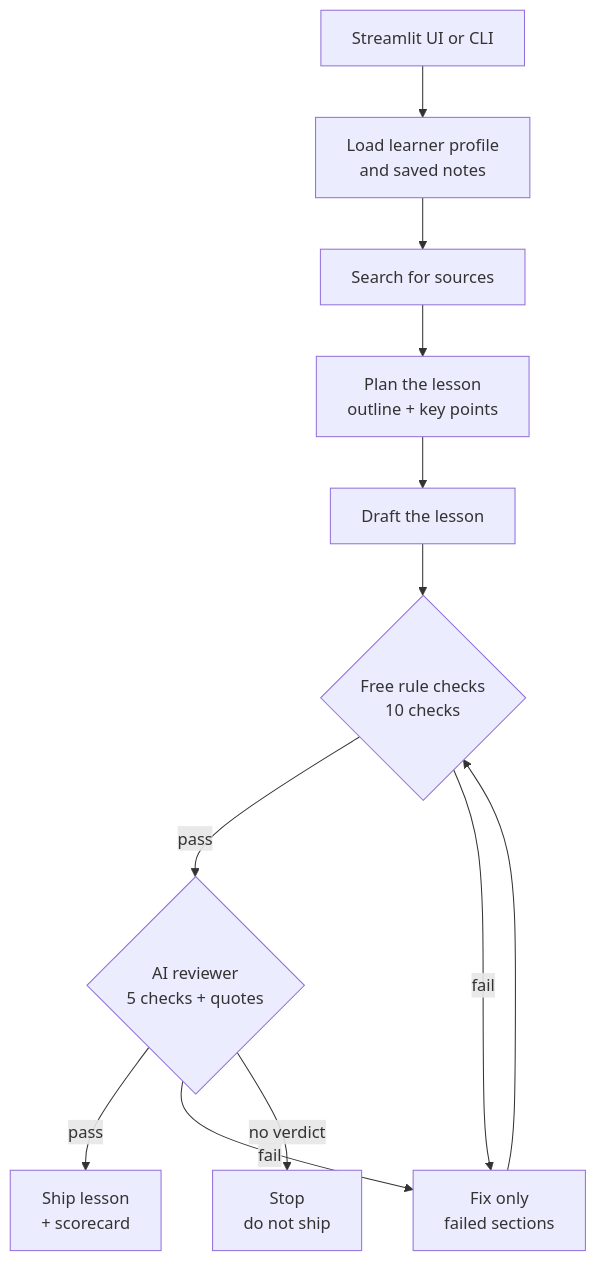
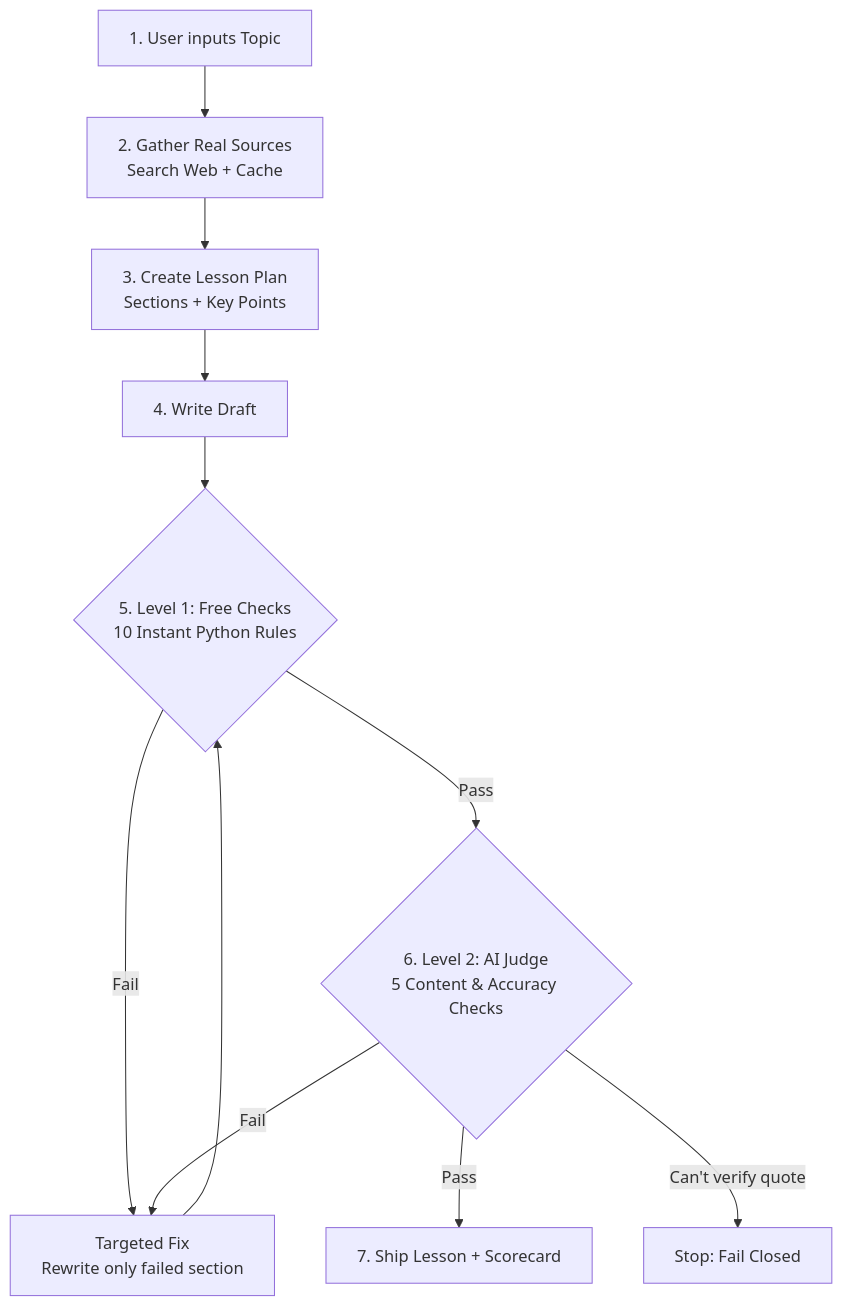
One commit to okyashgajjar/vidya-loop changed the diagram in README.md. Above: the diagram before and after it, drawn with Mermaid. The commit also changed other lines of this file, not shown here.

Commit message:
docs: rewrite README with simple explanations, architecture diagram, and practical example

````diff
--- a/README.md
+++ b/README.md
@@ -54,14 +84,13 @@
 ```mermaid
 flowchart TD
-    UI[Streamlit UI or CLI] --> CTX[Load learner profile<br/>and saved notes]
-    CTX --> SRC[Search for sources]
-    SRC --> PLAN[Plan the lesson<br/>outline + key points]
-    PLAN --> DRAFT[Draft the lesson]
-    DRAFT --> NATIVE{Free rule checks<br/>10 checks}
-    NATIVE -->|pass| JUDGE{AI reviewer<br/>5 checks + quotes}
-    NATIVE -->|fail| REVISE[Fix only<br/>failed sections]
-    JUDGE -->|pass| SHIP[Ship lesson<br/>+ scorecard]
-    JUDGE -->|fail| REVISE
-    REVISE --> NATIVE
-    JUDGE -->|no verdict| STOP[Stop<br/>do not ship]
+    A[1. User inputs Topic] --> B[2. Gather Real Sources<br/>Search Web + Cache]
+    B --> C[3. Create Lesson Plan<br/>Sections + Key Points]
+    C --> D[4. Write Draft]
+    D --> E{5. Level 1: Free Checks<br/>10 Instant Python Rules}
+    E -- Fail --> H[Targeted Fix<br/>Rewrite only failed section]
+    H --> E
+    E -- Pass --> F{6. Level 2: AI Judge<br/>5 Content & Accuracy Checks}
+    F -- Fail --> H
+    F -- Pass --> G[7. Ship Lesson + Scorecard]
+    F -- Can't verify quote --> X[Stop: Fail Closed]
 ```
````
